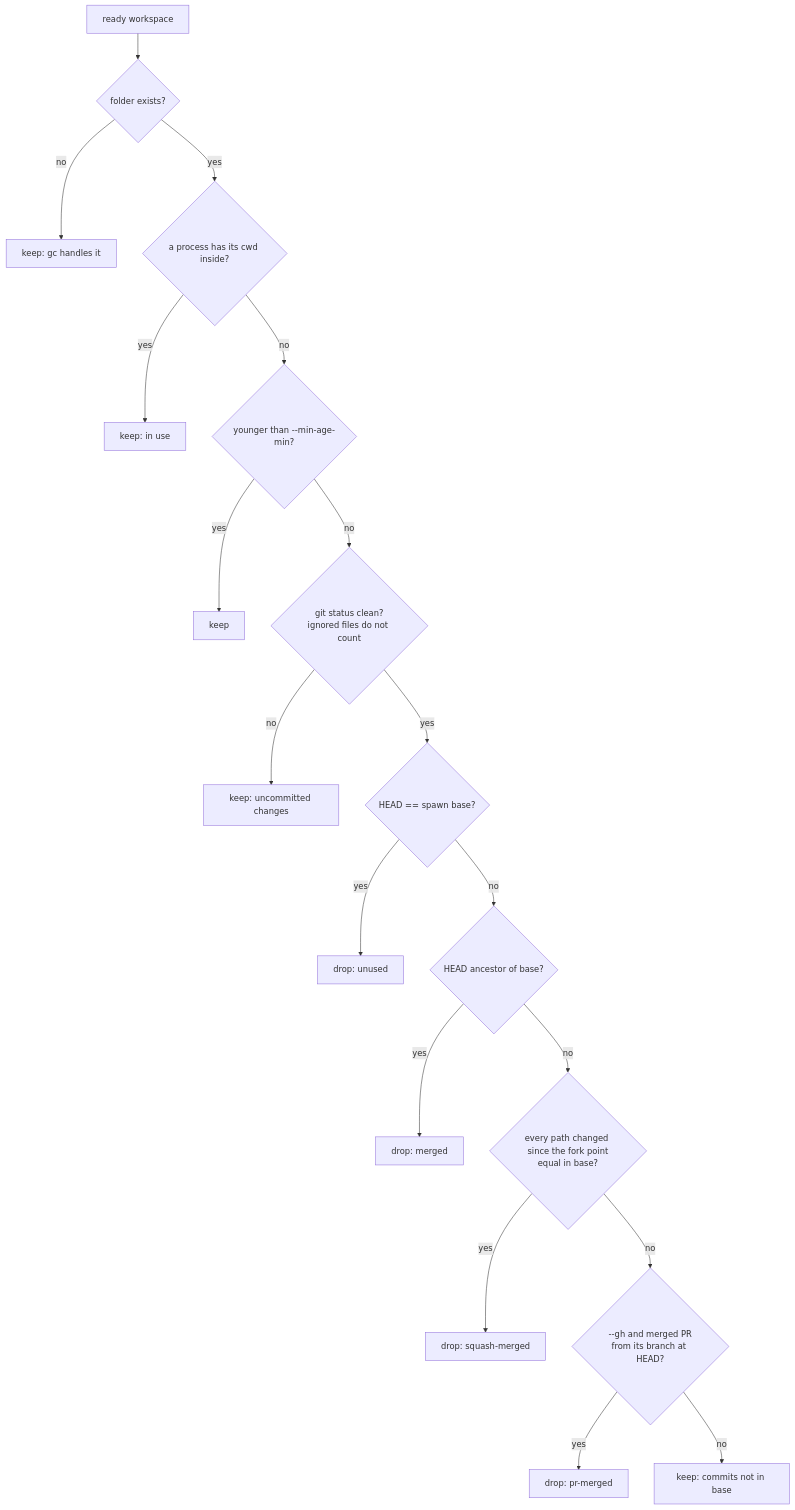
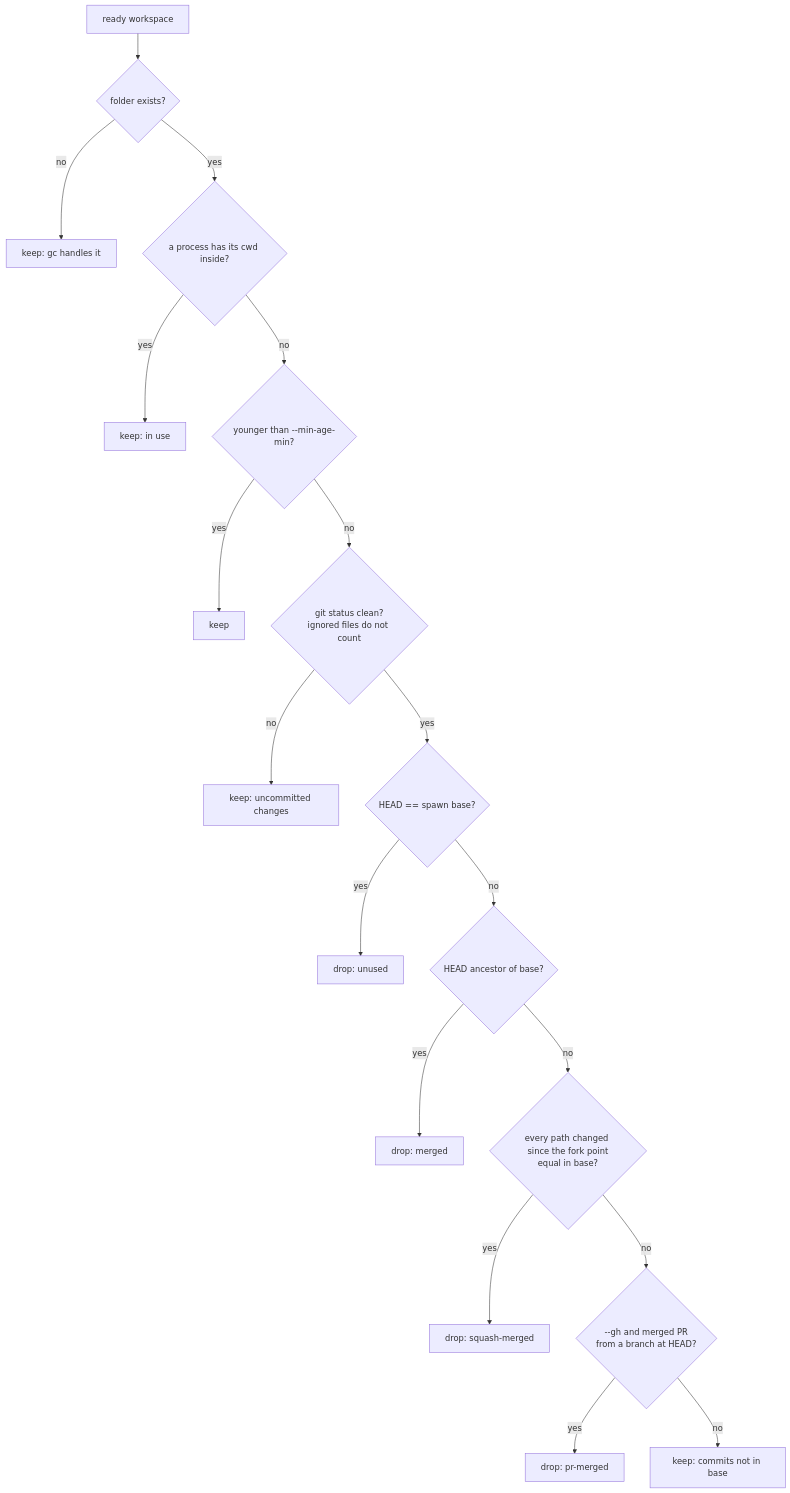
Before and after one commit to mendoanjoe/agent-ws: the fourth of 4 diagrams in docs/how-it-works.md, drawn with Mermaid. The commit also changed other lines of this file and 5 other files, not shown here.

````diff
--- a/docs/how-it-works.md
+++ b/docs/how-it-works.md
@@ -130,20 +139,20 @@
 ```mermaid
 flowchart TD
     A[ready workspace] --> B{folder exists?}
     B -- no --> K[keep: gc handles it]
     B -- yes --> C{a process has its cwd inside?}
     C -- yes --> K2[keep: in use]
     C -- no --> D{younger than --min-age-min?}
     D -- yes --> K3[keep]
     D -- no --> E{git status clean?<br/>ignored files do not count}
     E -- no --> K4[keep: uncommitted changes]
     E -- yes --> F{HEAD == spawn base?}
     F -- yes --> P[drop: unused]
     F -- no --> G{HEAD ancestor of base?}
     G -- yes --> P2[drop: merged]
     G -- no --> H{every path changed since the fork point<br/>equal in base?}
     H -- yes --> P3[drop: squash-merged]
-    H -- no --> I{--gh and merged PR<br/>from its branch at HEAD?}
+    H -- no --> I{--gh and merged PR<br/>from a branch at HEAD?}
     I -- yes --> P4[drop: pr-merged]
     I -- no --> K5[keep: commits not in base]
 ```
````
